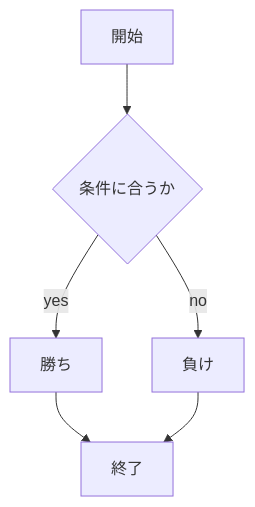
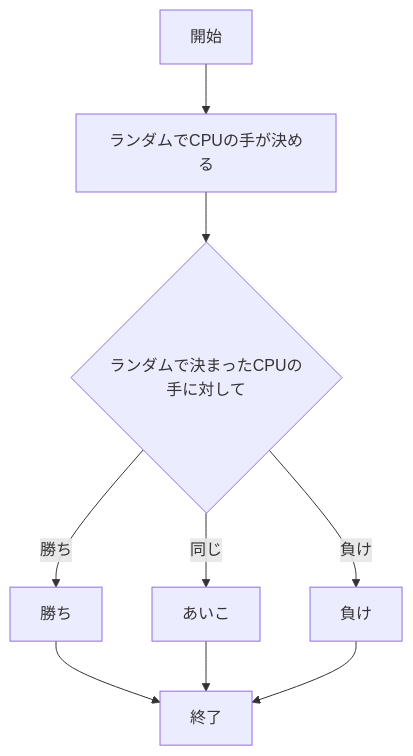
The fifth of 7 diagrams in README.md (Noname00356/webpro_06), drawn with Mermaid before and after one commit. The commit also changed other lines of this file and 5 other files, not shown here.

````diff
--- a/README.md
+++ b/README.md
@@ -16,16 +159,22 @@
 ```mermaid
 flowchart TD;
 
 start["開始"];
 end1["終了"]
 
-if{"条件に合うか"}
+cpu["ランダムでCPUの手が決める"]
+if{"ランダムで決まったCPUの
+手に対して"}
 win["勝ち"]
+draw["あいこ"]
 loose["負け"]
 
-start --> if
-if -->|yes| win
+start --> cpu
+cpu --> if
+if -->|勝ち| win
 win --> end1
-if --> |no| loose
+if --> |同じ| draw
+draw --> end1
+if --> |負け| loose
 loose --> end1
 ```
````
